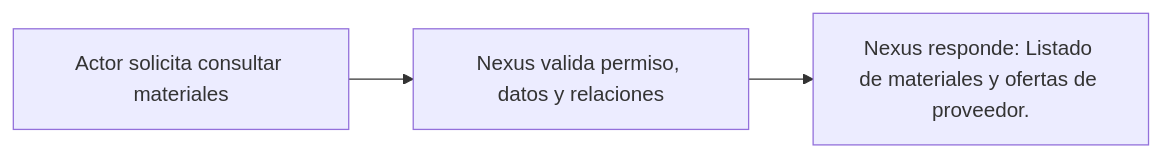
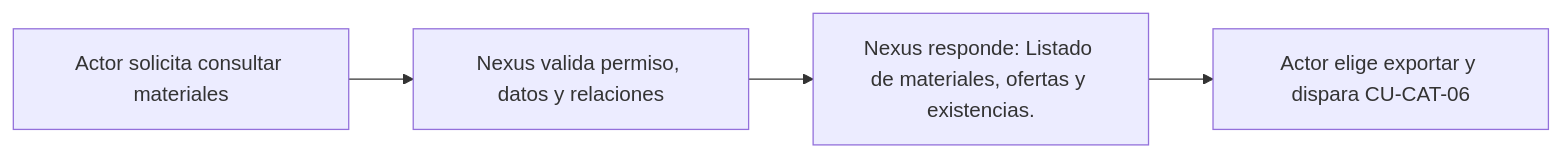
The diagram in docs/requirements/diagrams/catalogs/cu-cat-01.md (gpgsistemas01/nexus), drawn with Mermaid before and after one commit. The commit also changed 207 other files, not shown here.

````diff
--- a/docs/requirements/diagrams/catalogs/cu-cat-01.md
+++ b/docs/requirements/diagrams/catalogs/cu-cat-01.md
@@ -3,5 +3,6 @@
 ```mermaid
 flowchart LR
     request["Actor solicita consultar materiales"] --> validate["Nexus valida permiso, datos y relaciones"]
-    validate --> result["Nexus responde: Listado de materiales y ofertas de proveedor."]
+    validate --> result["Nexus responde: Listado de materiales, ofertas y existencias."]
+    result --> report["Actor elige exportar y dispara CU-CAT-06"]
 ```
````
